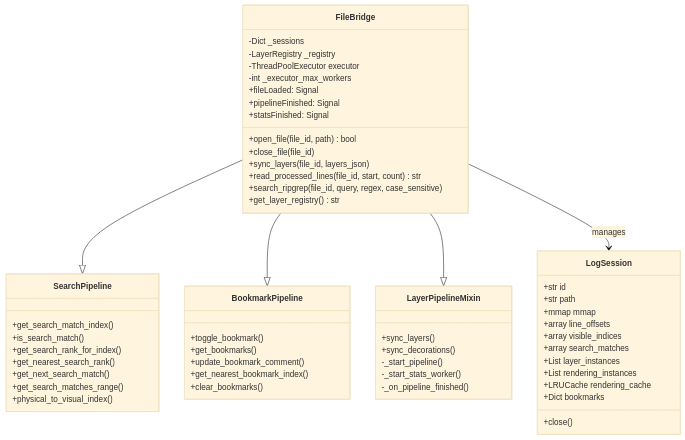
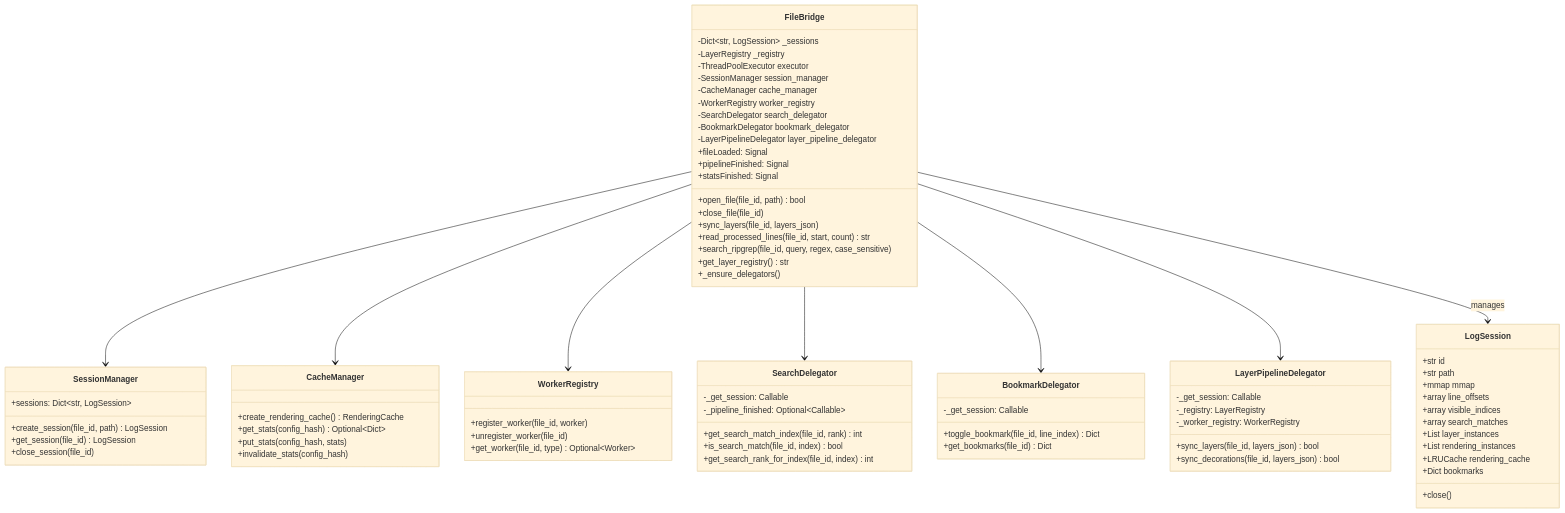
The sixth of 25 diagrams in megatron_mermaid.md (qmjianda/loglayer), drawn with Mermaid (base theme) before and after one commit. The commit also changed other lines of this file, not shown here.

First line of the commit message:
docs: update architecture diagram for OOP refactoring

````diff
--- a/megatron_mermaid.md
+++ b/megatron_mermaid.md
@@ -318,10 +341,15 @@
 ```mermaid
 classDiagram
     class FileBridge {
-        -Dict _sessions
+        -Dict~str, LogSession~ _sessions
         -LayerRegistry _registry
         -ThreadPoolExecutor executor
-        -int _executor_max_workers
+        -SessionManager session_manager
+        -CacheManager cache_manager
+        -WorkerRegistry worker_registry
+        -SearchDelegator search_delegator
+        -BookmarkDelegator bookmark_delegator
+        -LayerPipelineDelegator layer_pipeline_delegator
         +fileLoaded: Signal
         +pipelineFinished: Signal
         +statsFinished: Signal
@@ -331,6 +359,49 @@
         +read_processed_lines(file_id, start, count) str
         +search_ripgrep(file_id, query, regex, case_sensitive)
         +get_layer_registry() str
+        +_ensure_delegators()
+    }
+    
+    class SessionManager {
+        +create_session(file_id, path) LogSession
+        +get_session(file_id) LogSession
+        +close_session(file_id)
+        +sessions: Dict~str, LogSession~
+    }
+    
+    class CacheManager {
+        +create_rendering_cache() RenderingCache
+        +get_stats(config_hash) Optional~Dict~
+        +put_stats(config_hash, stats)
+        +invalidate_stats(config_hash)
+    }
+    
+    class WorkerRegistry {
+        +register_worker(file_id, worker)
+        +unregister_worker(file_id)
+        +get_worker(file_id, type) Optional~Worker~
+    }
+    
+    class SearchDelegator {
+        -_get_session: Callable
+        -_pipeline_finished: Optional~Callable~
+        +get_search_match_index(file_id, rank) int
+        +is_search_match(file_id, index) bool
+        +get_search_rank_for_index(file_id, index) int
+    }
+    
+    class BookmarkDelegator {
+        -_get_session: Callable
+        +toggle_bookmark(file_id, line_index) Dict
+        +get_bookmarks(file_id) Dict
+    }
+    
+    class LayerPipelineDelegator {
+        -_get_session: Callable
+        -_registry: LayerRegistry
+        -_worker_registry: WorkerRegistry
+        +sync_layers(file_id, layers_json) bool
+        +sync_decorations(file_id, layers_json) bool
     }
     
     class LogSession {
@@ -347,34 +418,11 @@
         +close()
     }
     
-    class SearchPipeline {
-        +get_search_match_index()
-        +is_search_match()
-        +get_search_rank_for_index()
-        +get_nearest_search_rank()
-        +get_next_search_match()
-        +get_search_matches_range()
-        +physical_to_visual_index()
-    }
-    
-    class BookmarkPipeline {
-        +toggle_bookmark()
-        +get_bookmarks()
-        +update_bookmark_comment()
-        +get_nearest_bookmark_index()
-        +clear_bookmarks()
-    }
-    
-    class LayerPipelineMixin {
-        +sync_layers()
-        +sync_decorations()
-        -_start_pipeline()
-        -_start_stats_worker()
-        -_on_pipeline_finished()
-    }
-    
-    FileBridge --|> SearchPipeline
-    FileBridge --|> BookmarkPipeline
-    FileBridge --|> LayerPipelineMixin
+    FileBridge --> SessionManager
+    FileBridge --> CacheManager
+    FileBridge --> WorkerRegistry
+    FileBridge --> SearchDelegator
+    FileBridge --> BookmarkDelegator
+    FileBridge --> LayerPipelineDelegator
     FileBridge --> LogSession : manages
 ```
````
